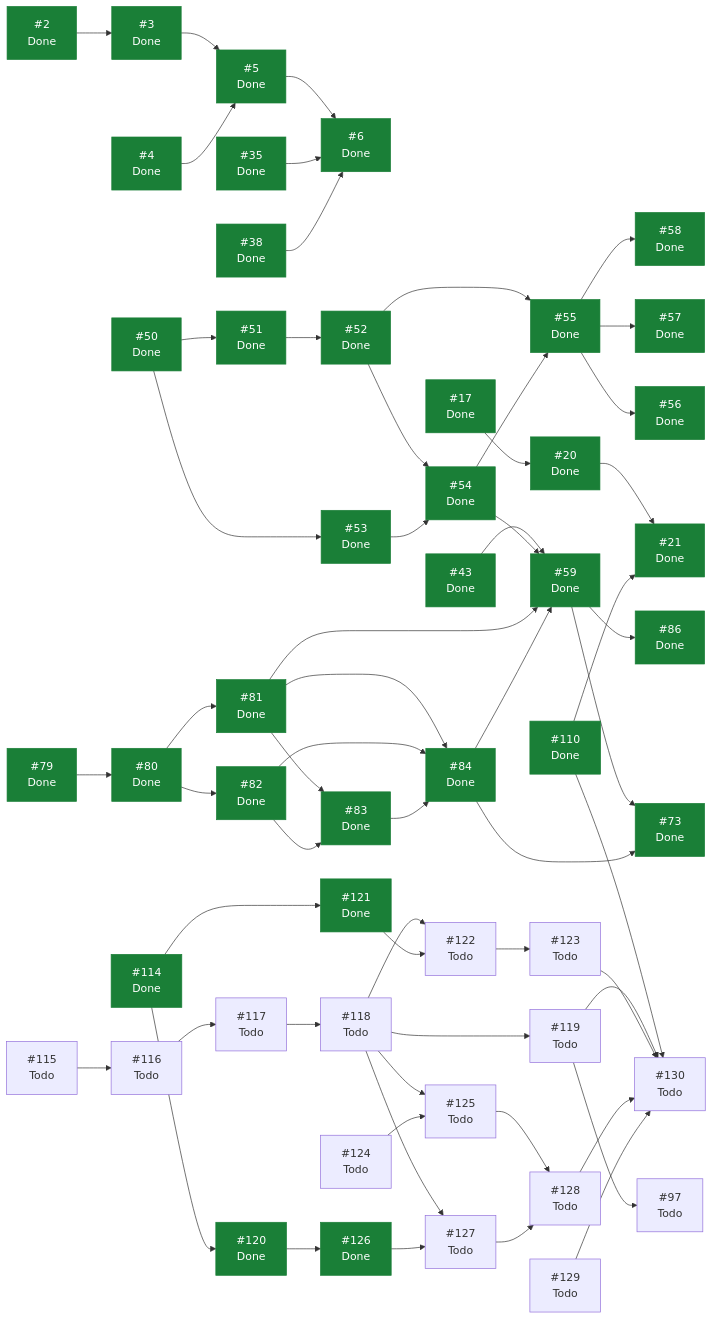
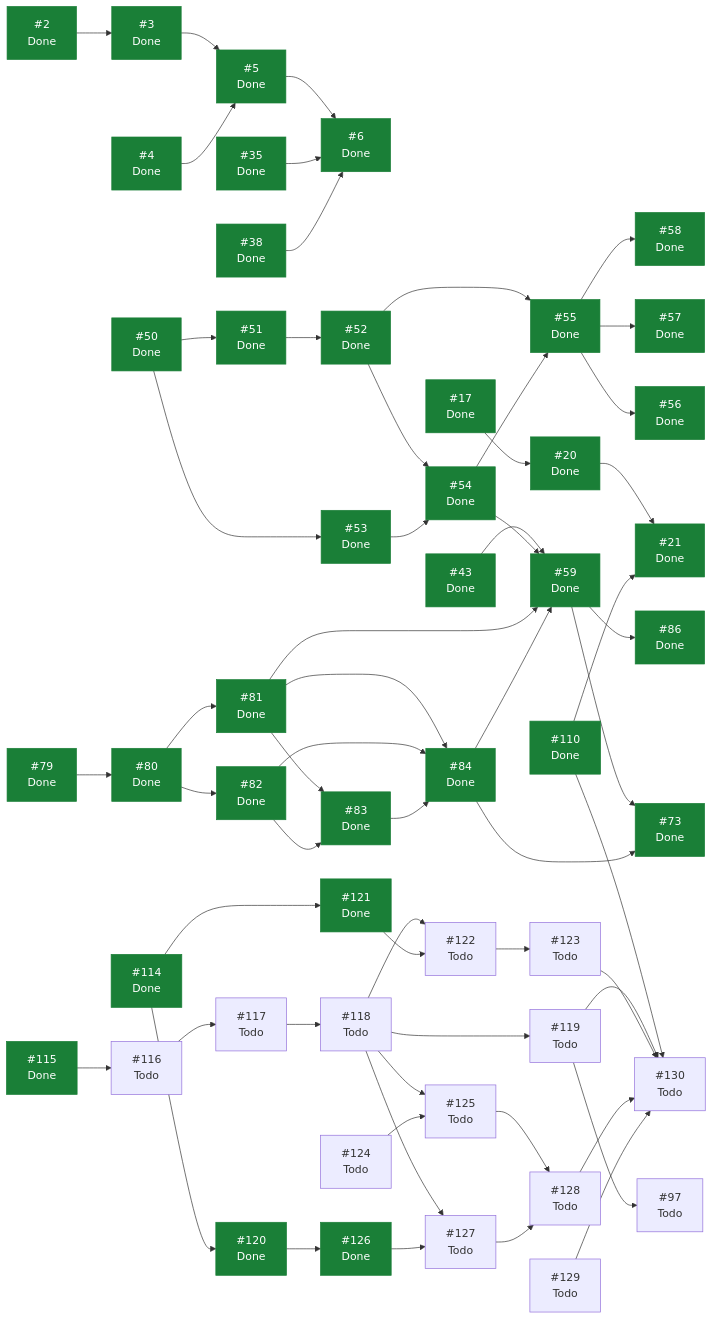
One commit to ecamp0s/evault changed the diagram in docs/planning/STATUS.md. Above: the diagram before and after it, drawn with Mermaid. The commit also changed other lines of this file, not shown here.

````diff
--- a/docs/planning/STATUS.md
+++ b/docs/planning/STATUS.md
@@ -166,7 +166,7 @@
   I97["#97<br/>Todo"]
   I110["#110<br/>Done"]
   I114["#114<br/>Done"]
-  I115["#115<br/>Todo"]
+  I115["#115<br/>Done"]
   I116["#116<br/>Todo"]
   I117["#117<br/>Todo"]
   I118["#118<br/>Todo"]
@@ -239,5 +239,5 @@
   I128 --> I130
   I129 --> I130
   classDef hecho fill:#1a7f37,stroke:#1a7f37,color:#fff;
-  class I2,I3,I4,I5,I6,I17,I20,I21,I35,I38,I43,I50,I51,I52,I53,I54,I55,I56,I57,I58,I59,I73,I79,I80,I81,I82,I83,I84,I86,I110,I114,I120,I121,I126 hecho;
+  class I2,I3,I4,I5,I6,I17,I20,I21,I35,I38,I43,I50,I51,I52,I53,I54,I55,I56,I57,I58,I59,I73,I79,I80,I81,I82,I83,I84,I86,I110,I114,I115,I120,I121,I126 hecho;
 ```
````
